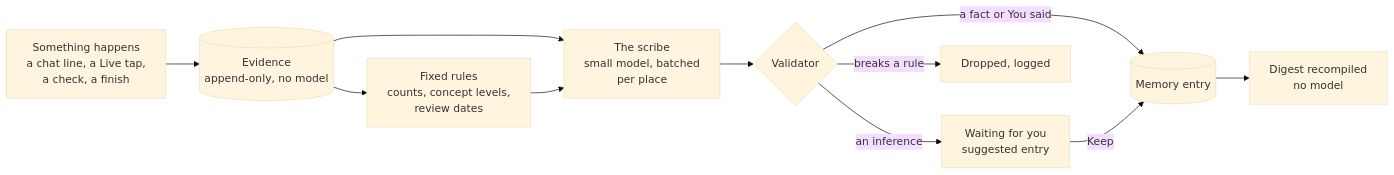
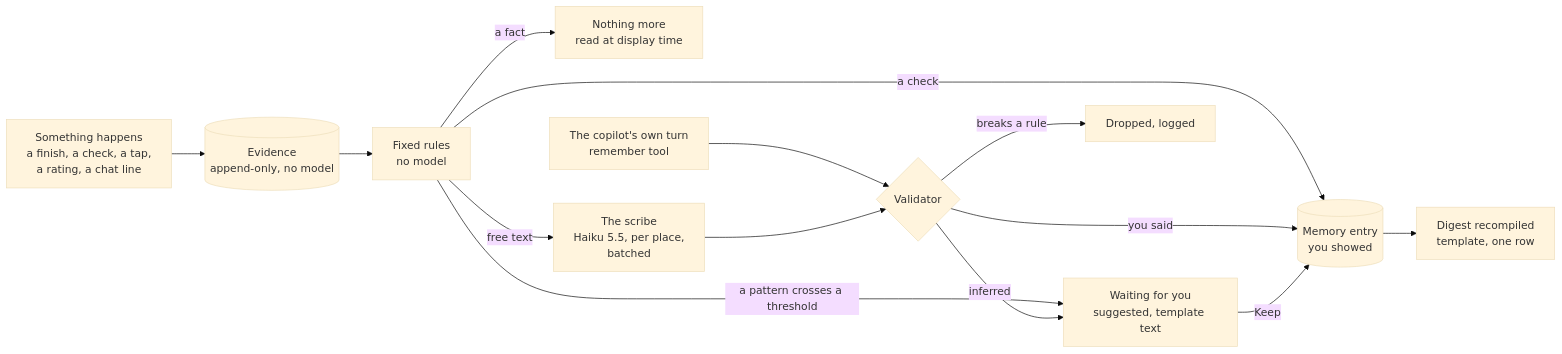
Before and after one commit to ahmedste/Studiolo_Manage: the diagram in docs/superpowers/specs/2026-10-24-learner-memory-and-settings-design.md, drawn with Mermaid (base theme). The commit also changed other lines of this file and 5 other files, not shown here.

First line of the commit message:
Learner memory: show less, a system reference with diagrams, a calmer prototype

````diff
--- a/docs/superpowers/specs/2026-10-24-learner-memory-and-settings-design.md
+++ b/docs/superpowers/specs/2026-10-24-learner-memory-and-settings-design.md
@@ -347,13 +386,16 @@
 ```mermaid
 flowchart LR
-  E[Something happens<br/>a chat line, a Live tap,<br/>a check, a finish] --> V[(Evidence<br/>append-only, no model)]
-  V --> R[Fixed rules<br/>counts, concept levels,<br/>review dates]
-  V --> S[The scribe<br/>small model, batched<br/>per place]
-  R --> S
-  S --> C{Validator}
-  C -->|a fact or You said| M[(Memory entry)]
-  C -->|an inference| Q[Waiting for you<br/>suggested entry]
-  C -->|breaks a rule| X[Dropped, logged]
-  M --> D[Digest recompiled<br/>no model]
-  Q -->|Keep| M
+  E["Something happens<br/>a finish, a check, a tap,<br/>a rating, a chat line"] --> V[("Evidence<br/>append-only, no model")]
+  V --> R["Fixed rules<br/>no model"]
+  R -->|"a fact"| F["Nothing more<br/>read at display time"]
+  R -->|"a check"| M[("Memory entry<br/>you showed")]
+  R -->|"a pattern crosses a threshold"| Q["Waiting for you<br/>suggested, template text"]
+  R -->|"free text"| S["The scribe<br/>Haiku 5.5, per place,<br/>batched"]
+  CP["The copilot's own turn<br/>remember tool"] --> C{"Validator"}
+  S --> C
+  C -->|"you said"| M
+  C -->|"inferred"| Q
+  C -->|"breaks a rule"| X["Dropped, logged"]
+  Q -->|"Keep"| M
+  M --> D["Digest recompiled<br/>template, one row"]
 ```
````
